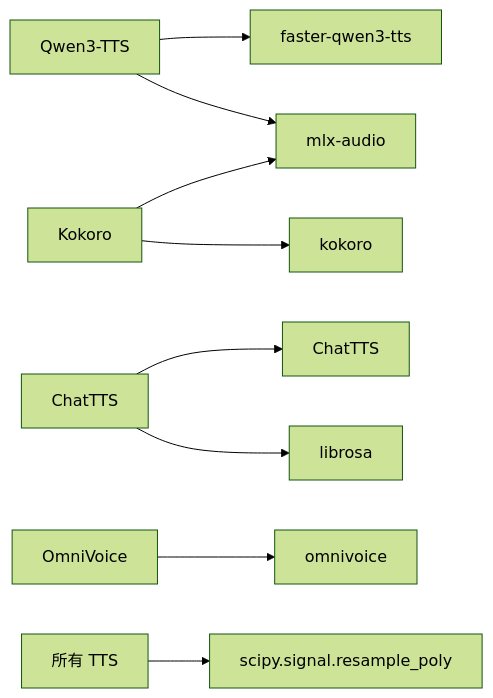
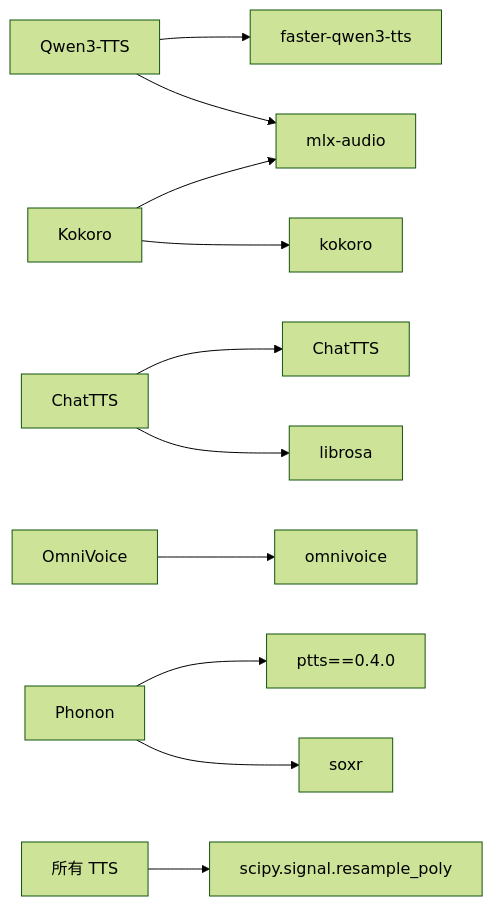
One commit to joezxh/speech-to-speech changed the ninth of 10 diagrams in .qoder/repowiki/zh/content/文字转语音 (TTS)/文字转语音 (TTS).md. Above: the diagram before and after it, drawn with Mermaid (forest theme). The commit also changed other lines of this file and 1743 other files, not shown here.

````diff
--- a/.qoder/repowiki/zh/content/文字转语音 (TTS)/文字转语音 (TTS).md
+++ b/.qoder/repowiki/zh/content/文字转语音 (TTS)/文字转语音 (TTS).md
@@ -242,11 +304,13 @@
 ```mermaid
 graph LR
 Q3["Qwen3-TTS"] --> FQT["faster-qwen3-tts"]
 Q3 --> MLX["mlx-audio"]
 KOK["Kokoro"] --> MLX
 KOK --> KOKLib["kokoro"]
 CHAT["ChatTTS"] --> CT["ChatTTS"]
 OMNI["OmniVoice"] --> OV["omnivoice"]
+PHONON["Phonon"] --> PTTS["ptts==0.4.0"]
 All["所有 TTS"] --> SciPy["scipy.signal.resample_poly"]
 CHAT --> Librosa["librosa"]
+PHONON --> SoXR["soxr"]
 ```
````
